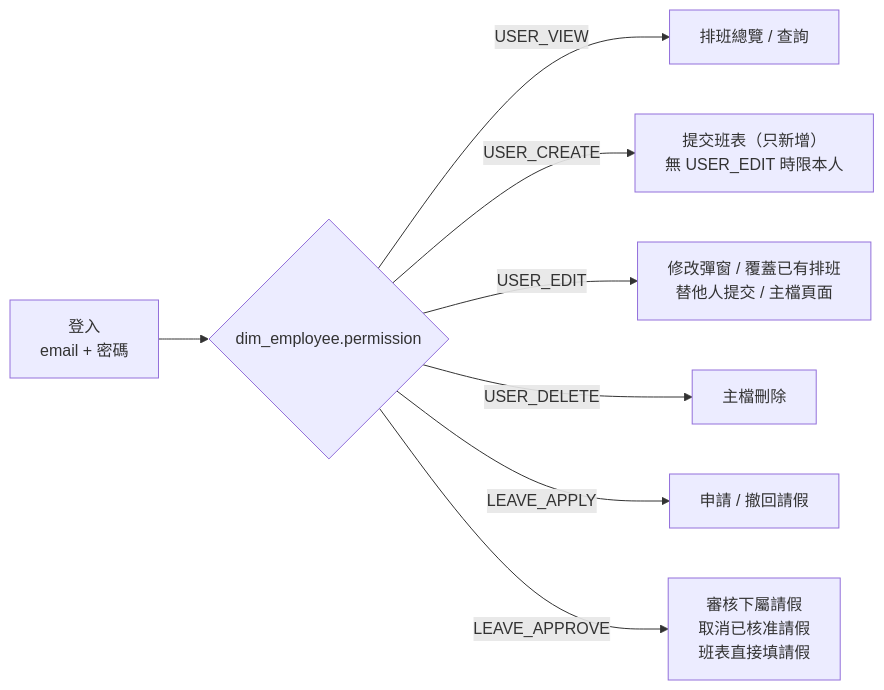
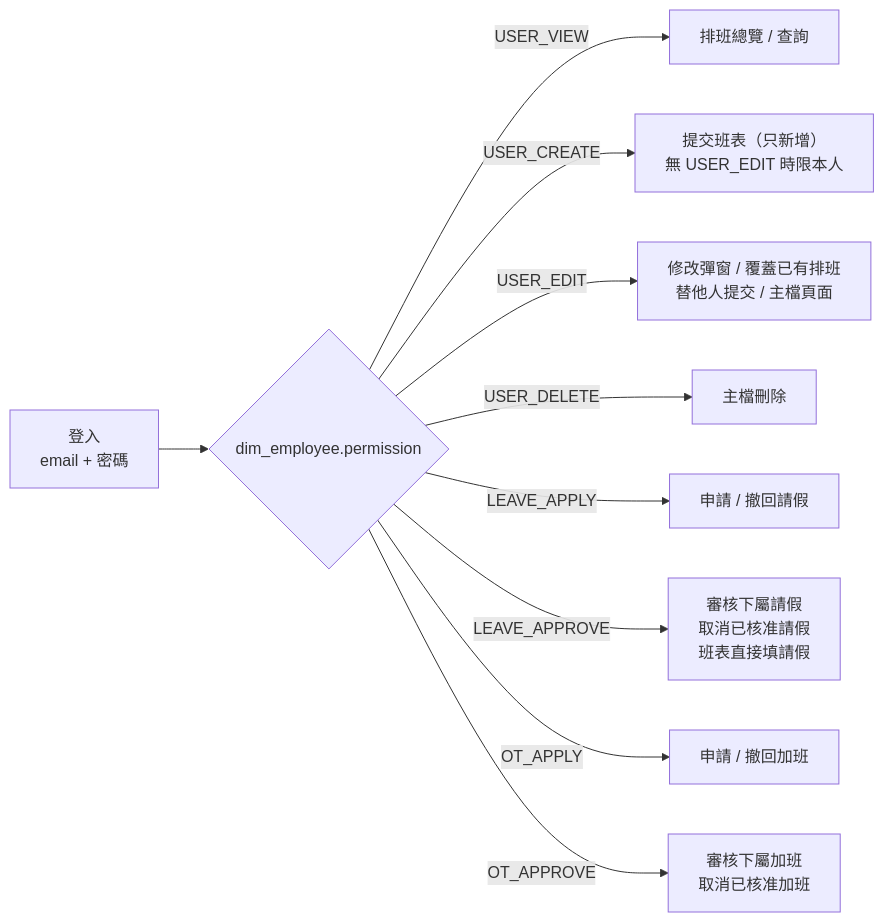
The seventh of 7 diagrams in db_structure.md (01080710/roster), drawn with Mermaid before and after one commit. The commit also changed other lines of this file and 13 other files, not shown here.

````diff
--- a/db_structure.md
+++ b/db_structure.md
@@ -287,10 +516,12 @@
 ```mermaid
 flowchart LR
     login["登入<br/>email + 密碼"] --> perm{"dim_employee.permission"}
     perm -->|USER_VIEW| view["排班總覽 / 查詢"]
     perm -->|USER_CREATE| create["提交班表（只新增）<br/>無 USER_EDIT 時限本人"]
     perm -->|USER_EDIT| edit["修改彈窗 / 覆蓋已有排班<br/>替他人提交 / 主檔頁面"]
     perm -->|USER_DELETE| del["主檔刪除"]
     perm -->|LEAVE_APPLY| apply["申請 / 撤回請假"]
     perm -->|LEAVE_APPROVE| approve["審核下屬請假<br/>取消已核准請假<br/>班表直接填請假"]
+    perm -->|OT_APPLY| ot_apply["申請 / 撤回加班"]
+    perm -->|OT_APPROVE| ot_approve["審核下屬加班<br/>取消已核准加班"]
 ```
````
